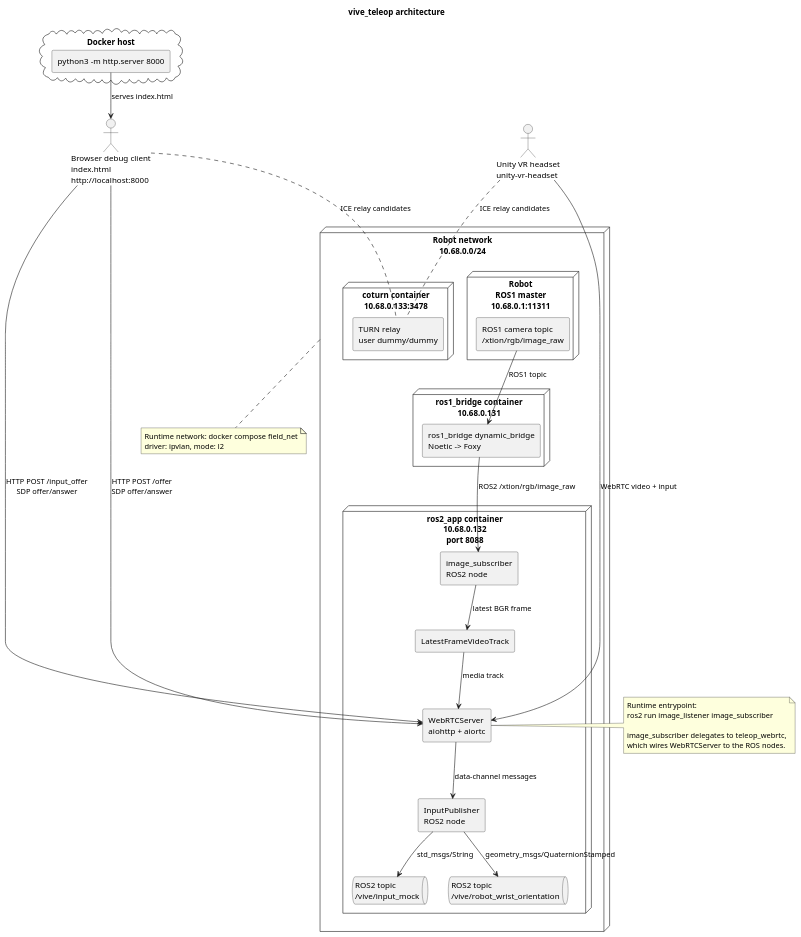
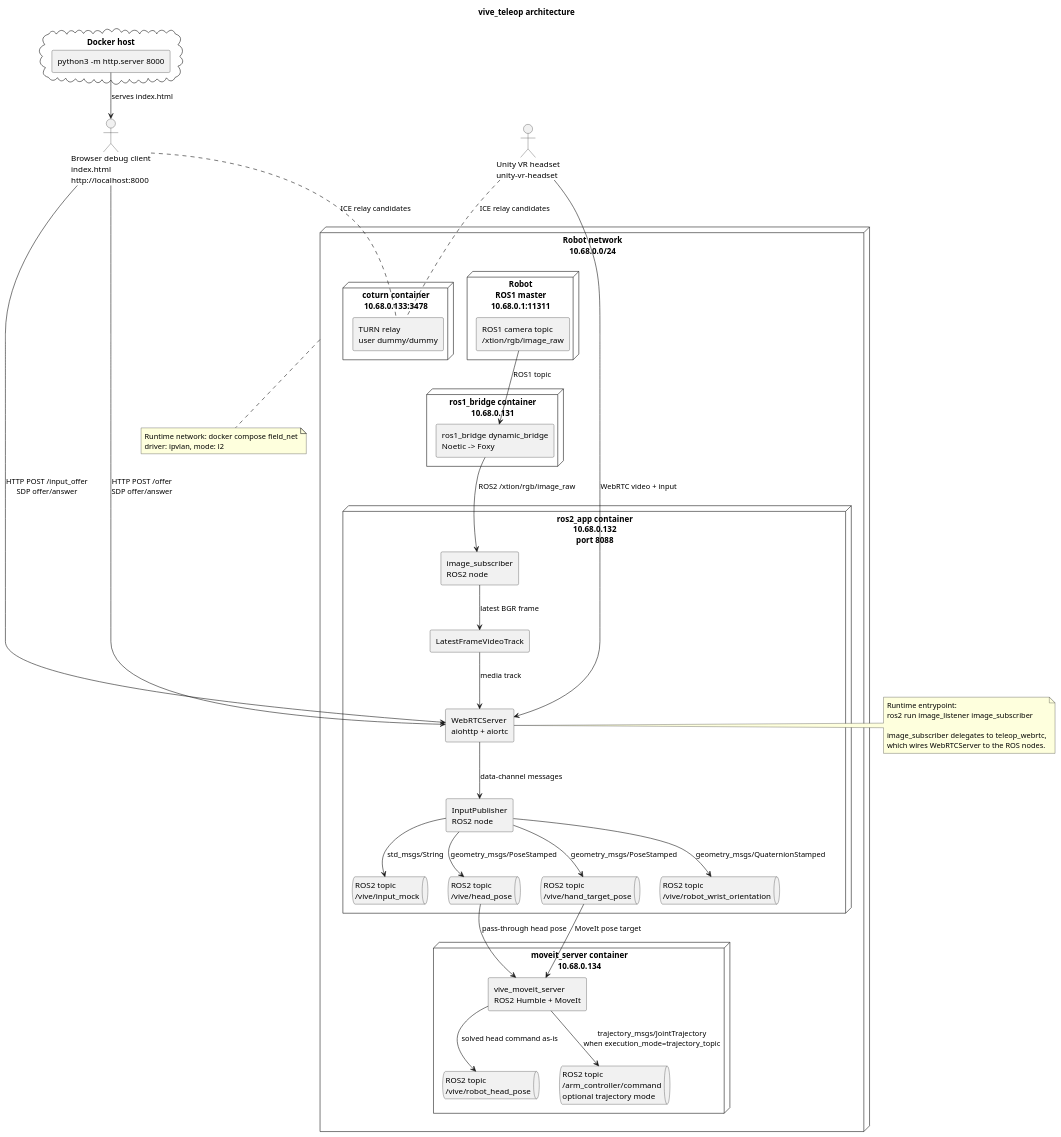
The diagram in architecture.puml (ichores-research/vive_teleop), drawn with PlantUML before and after one commit. The commit also changed 12 other files, not shown here.

Commit message:
Added a moveit server

```diff
--- a/architecture.puml
+++ b/architecture.puml
@@ -1,67 +1,81 @@
 @startuml
 title vive_teleop architecture
 
 skinparam componentStyle rectangle
 skinparam shadowing false
 skinparam defaultFontName Monospace
 
 actor "Browser debug client\nindex.html\nhttp://localhost:8000" as Browser
 actor "Unity VR headset\nunity-vr-headset" as Unity
 
 node "Robot network\n10.68.0.0/24" as Net {
   node "Robot\nROS1 master\n10.68.0.1:11311" as Robot {
     component "ROS1 camera topic\n/xtion/rgb/image_raw" as Ros1Camera
   }
 
   node "ros1_bridge container\n10.68.0.131" as Bridge {
     component "ros1_bridge dynamic_bridge\nNoetic -> Foxy" as DynamicBridge
   }
 
   node "ros2_app container\n10.68.0.132\nport 8088" as Ros2App {
     component "image_subscriber\nROS2 node" as ImageSubscriber
     component "LatestFrameVideoTrack" as VideoTrack
     component "WebRTCServer\naiohttp + aiortc" as WebRTCServer
     component "InputPublisher\nROS2 node" as InputPublisher
     queue "ROS2 topic\n/vive/input_mock" as InputTopic
+    queue "ROS2 topic\n/vive/head_pose" as HeadPoseTopic
+    queue "ROS2 topic\n/vive/hand_target_pose" as HandTargetTopic
     queue "ROS2 topic\n/vive/robot_wrist_orientation" as WristTopic
+  }
+
+  node "moveit_server container\n10.68.0.134" as MoveItContainer {
+    component "vive_moveit_server\nROS2 Humble + MoveIt" as MoveItServer
+    queue "ROS2 topic\n/vive/robot_head_pose" as RobotHeadTopic
+    queue "ROS2 topic\n/arm_controller/command\noptional trajectory mode" as ArmCommandTopic
   }
 
   node "coturn container\n10.68.0.133:3478" as Coturn {
     component "TURN relay\nuser dummy/dummy" as TurnRelay
   }
 }
 
 cloud "Docker host" as Host {
   component "python3 -m http.server 8000" as StaticServer
 }
 
 Ros1Camera --> DynamicBridge : ROS1 topic
 DynamicBridge --> ImageSubscriber : ROS2 /xtion/rgb/image_raw
 ImageSubscriber --> VideoTrack : latest BGR frame
 VideoTrack --> WebRTCServer : media track
 WebRTCServer --> InputPublisher : data-channel messages
 InputPublisher --> InputTopic : std_msgs/String
+InputPublisher --> HeadPoseTopic : geometry_msgs/PoseStamped
+InputPublisher --> HandTargetTopic : geometry_msgs/PoseStamped
 InputPublisher --> WristTopic : geometry_msgs/QuaternionStamped
+HeadPoseTopic --> MoveItServer : pass-through head pose
+HandTargetTopic --> MoveItServer : MoveIt pose target
+MoveItServer --> RobotHeadTopic : solved head command as-is
+MoveItServer --> ArmCommandTopic : trajectory_msgs/JointTrajectory\nwhen execution_mode=trajectory_topic
 
 StaticServer --> Browser : serves index.html
 Browser --> WebRTCServer : HTTP POST /offer\nSDP offer/answer
 Browser --> WebRTCServer : HTTP POST /input_offer\nSDP offer/answer
 Browser .. TurnRelay : ICE relay candidates
 
 Unity --> WebRTCServer : WebRTC video + input
 Unity .. TurnRelay : ICE relay candidates
 
 note right of WebRTCServer
   Runtime entrypoint:
   ros2 run image_listener image_subscriber
 
   image_subscriber delegates to teleop_webrtc,
   which wires WebRTCServer to the ROS nodes.
 end note
 
 note bottom of Net
   Runtime network: docker compose field_net
   driver: ipvlan, mode: l2
 end note
 
 @enduml
```
